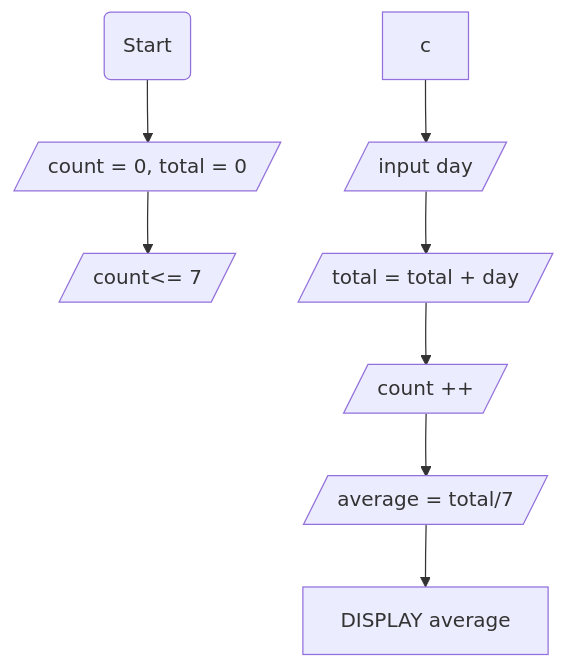
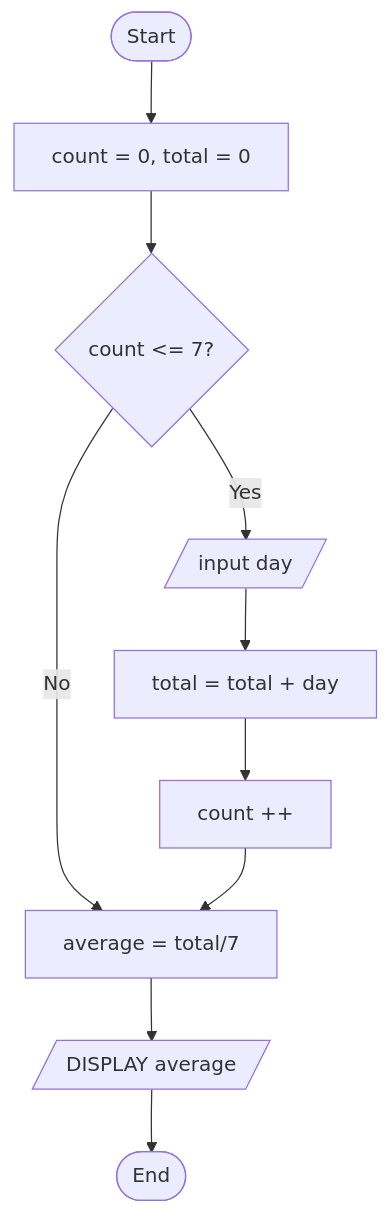
One commit to Halamohamed/Workshops-Algorithm-Flowchart changed the second of 2 diagrams in README.md. Above: the diagram before and after it, drawn with Mermaid.

Commit message:
updated mermaid

````diff
--- a/README.md
+++ b/README.md
@@ -174,12 +174,15 @@
 ```mermaid
-flowchart TB
-    A(Start) --> B[/count = 0, total = 0/]
-    B --> C[/count<= 7/]
-    c --> D[/input day/]
-    D --> E[/total = total + day/]
-    E --> F[/count ++/]
-    F --> I[/average = total/7/]
-    I --> G[DISPLAY average]
+
+flowchart TD
+    A([Start]) --> B[count = 0, total = 0]
+    B --> C{count <= 7?}
+    C --> |Yes| D[/input day/]
+    C --> |No| I
+    D --> E[total = total + day]
+    E --> F[count ++]
+    F --> I[average = total/7]
+    I --> G[/DISPLAY average/]
+    G --> S([End])
 
 
 ``` 
````
